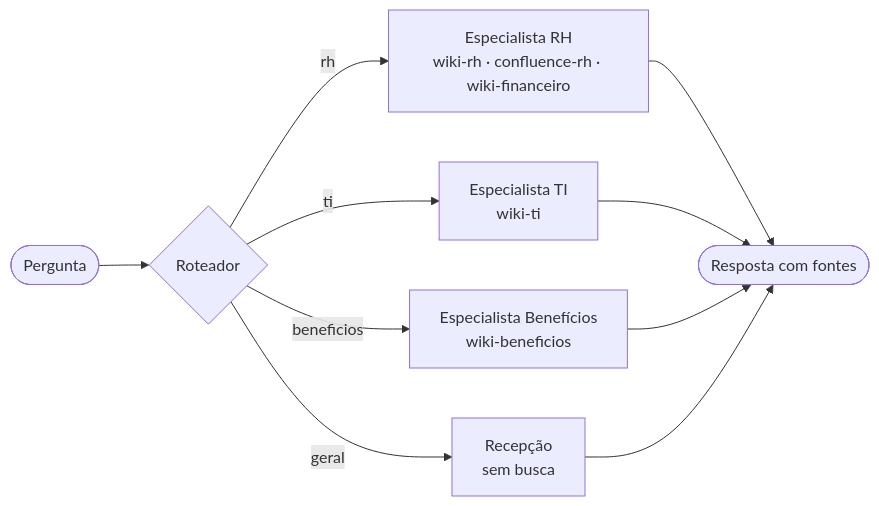
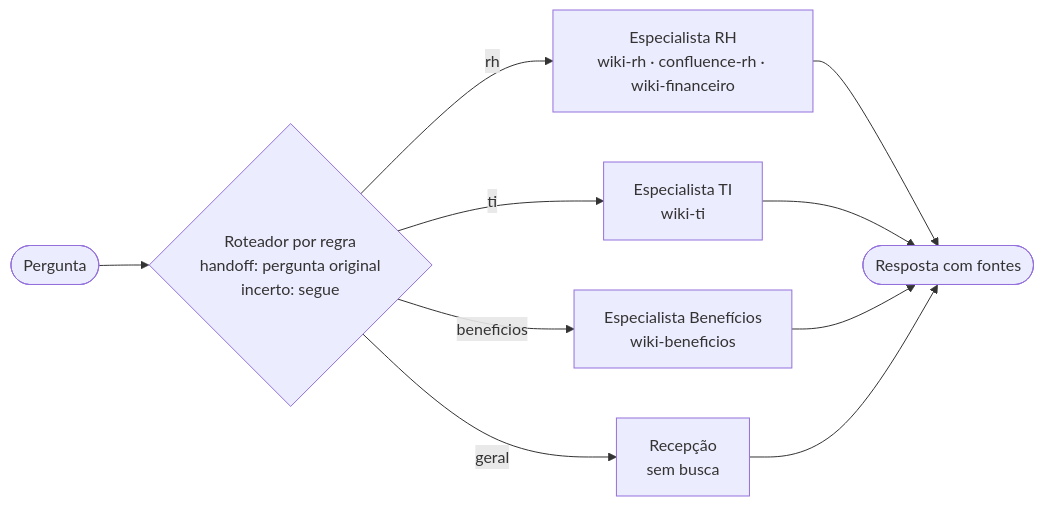
One commit to RaioneNascimento/ai-agents-engineering-v2 changed the diagram in encontro-04/NOTA-ARQUITETURA.md. Above: the diagram before and after it, drawn with Mermaid. The commit also changed other lines of this file and 2 other files, not shown here.

````diff
--- a/encontro-04/NOTA-ARQUITETURA.md
+++ b/encontro-04/NOTA-ARQUITETURA.md
@@ -22,12 +16,12 @@
 ```mermaid
 flowchart LR
-    P([Pergunta]) --> R{Roteador}
+    P([Pergunta]) --> R{Roteador por regra<br/>handoff: pergunta original<br/>incerto: segue}
     R -->|rh| RH[Especialista RH<br/>wiki-rh · confluence-rh · wiki-financeiro]
     R -->|ti| TI[Especialista TI<br/>wiki-ti]
     R -->|beneficios| BE[Especialista Benefícios<br/>wiki-beneficios]
     R -->|geral| GE[Recepção<br/>sem busca]
     RH --> S([Resposta com fontes])
     TI --> S
     BE --> S
     GE --> S
 ```
````
